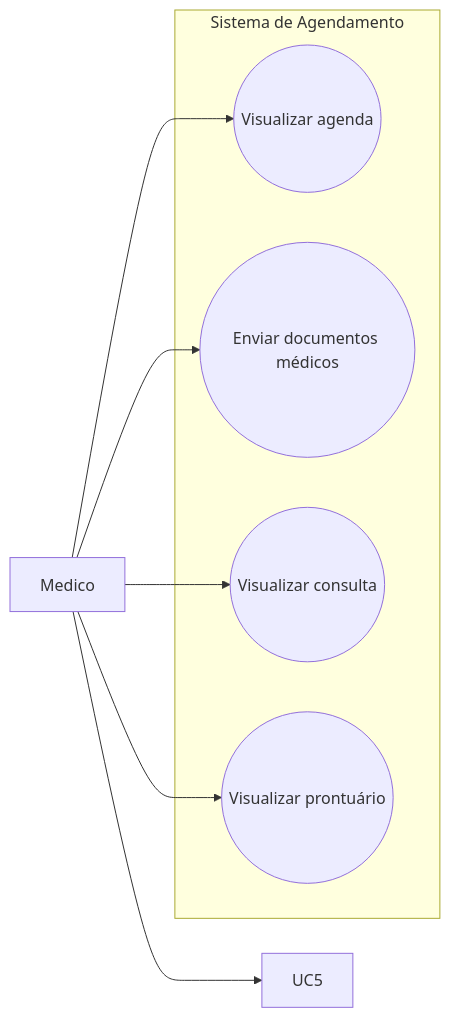
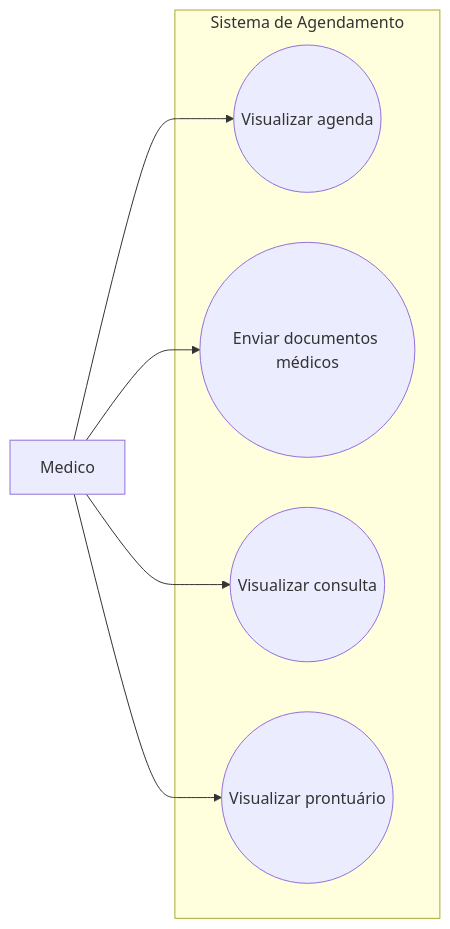
One commit to InsaneCaio/eng-soft-2026-1 changed the diagram in docs/casos de uso/medico.md. Above: the diagram before and after it, drawn with Mermaid.

````diff
--- a/docs/casos de uso/medico.md
+++ b/docs/casos de uso/medico.md
@@ -12,17 +12,16 @@
 ```mermaid
 flowchart LR
     M[Medico]
 
     subgraph Sistema de Agendamento
         UC1((Visualizar agenda))
         UC2((Enviar documentos médicos))
         UC3((Visualizar consulta))
         UC4((Visualizar prontuário))
     end
 
     M --> UC1
     M --> UC2
     M --> UC3
     M --> UC4
-    M --> UC5
 ```
````
